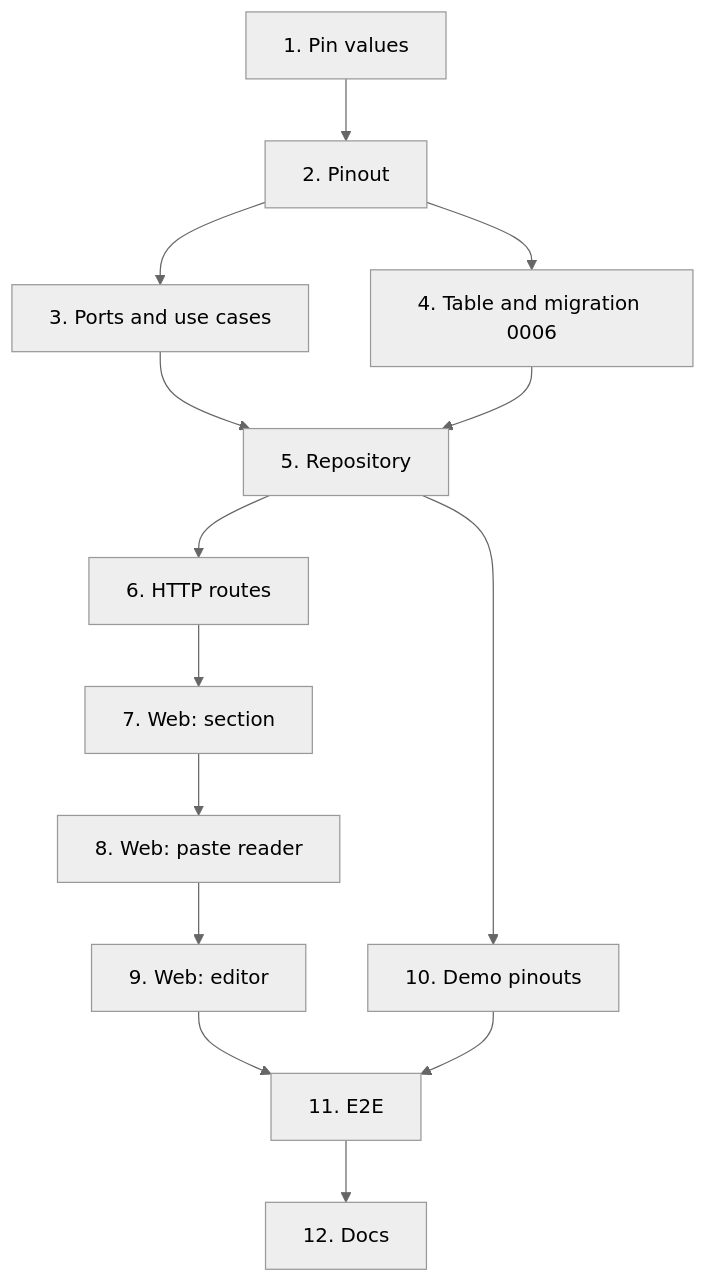
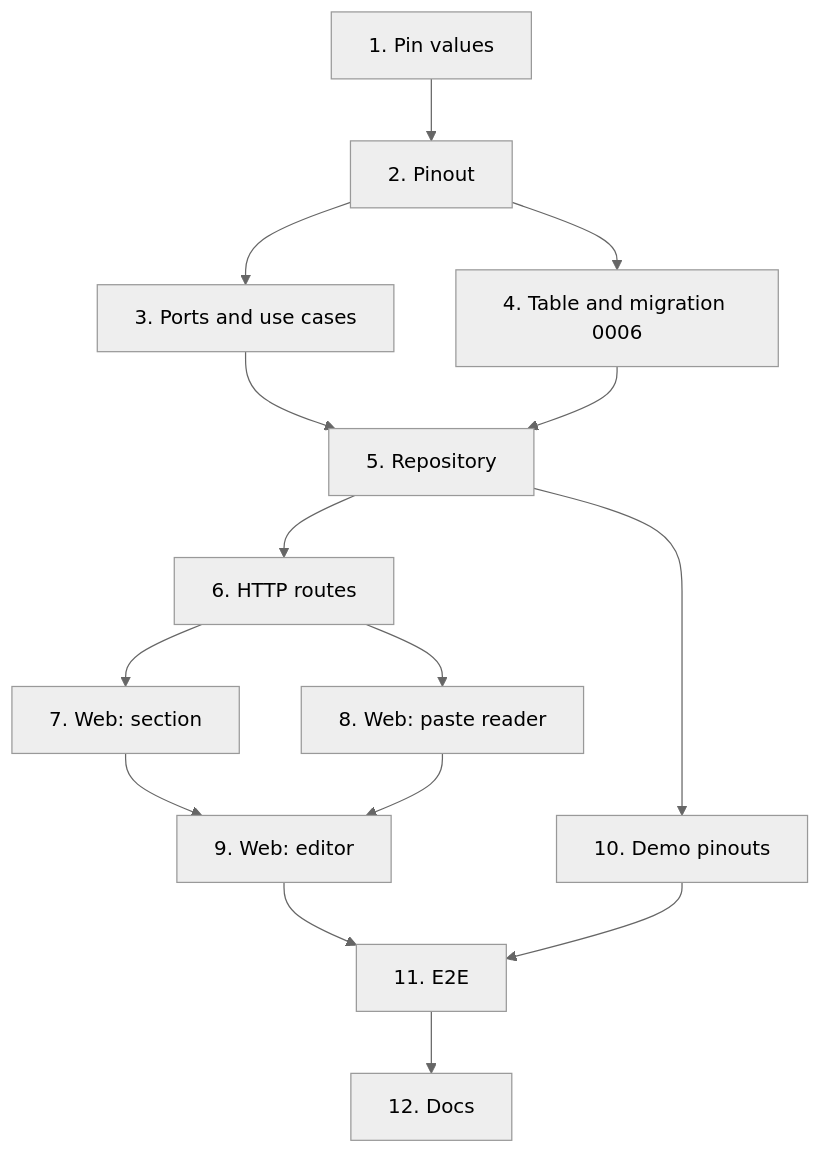
The diagram in .kiro/specs/part-pinouts/tasks.md (vinicius-cardoso/wiredex), drawn with Mermaid (neutral theme) before and after one commit. The commit also changed other lines of this file and 2 other files, not shown here.

````diff
--- a/.kiro/specs/part-pinouts/tasks.md
+++ b/.kiro/specs/part-pinouts/tasks.md
@@ -152,16 +156,17 @@
 ```mermaid
 graph TD
     T1["1. Pin values"] --> T2["2. Pinout"]
     T2 --> T3["3. Ports and use cases"]
     T2 --> T4["4. Table and migration 0006"]
     T3 --> T5["5. Repository"]
     T4 --> T5
     T5 --> T6["6. HTTP routes"]
     T6 --> T7["7. Web: section"]
-    T7 --> T8["8. Web: paste reader"]
-    T8 --> T9["9. Web: editor"]
+    T6 --> T8["8. Web: paste reader"]
+    T7 --> T9["9. Web: editor"]
+    T8 --> T9
     T5 --> T10["10. Demo pinouts"]
     T9 --> T11["11. E2E"]
     T10 --> T11
     T11 --> T12["12. Docs"]
 ```
````
